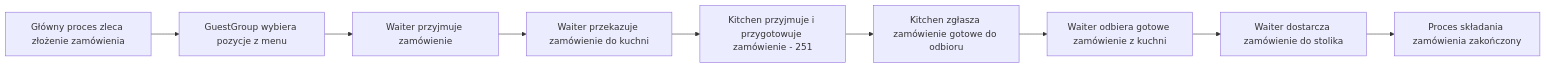
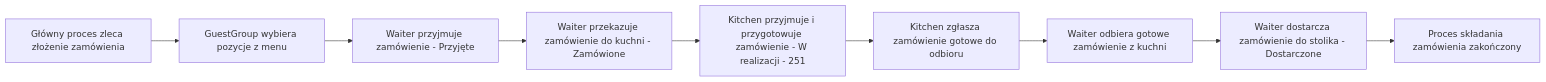
Before and after one commit to mmalessa/pizzeria: the diagram in doc/213_ordering.md, drawn with Mermaid. The commit also changed other lines of this file and 2 other files, not shown here.

````diff
--- a/doc/213_ordering.md
+++ b/doc/213_ordering.md
@@ -36,13 +37,13 @@
 ```mermaid
 flowchart LR
 
 A[Główny proces zleca złożenie zamówienia]
 --> B[GuestGroup wybiera pozycje z menu]
---> C[Waiter przyjmuje zamówienie]
---> D[Waiter przekazuje zamówienie do kuchni]
---> E[Kitchen przyjmuje i przygotowuje zamówienie - 251]
+--> C[Waiter przyjmuje zamówienie - Przyjęte]
+--> D[Waiter przekazuje zamówienie do kuchni - Zamówione]
+--> E[Kitchen przyjmuje i przygotowuje zamówienie - W realizacji - 251]
 --> F[Kitchen zgłasza zamówienie gotowe do odbioru]
 --> G[Waiter odbiera gotowe zamówienie z kuchni]
---> H[Waiter dostarcza zamówienie do stolika]
+--> H[Waiter dostarcza zamówienie do stolika - Dostarczone]
 --> I[Proces składania zamówienia zakończony]
 ```
````
